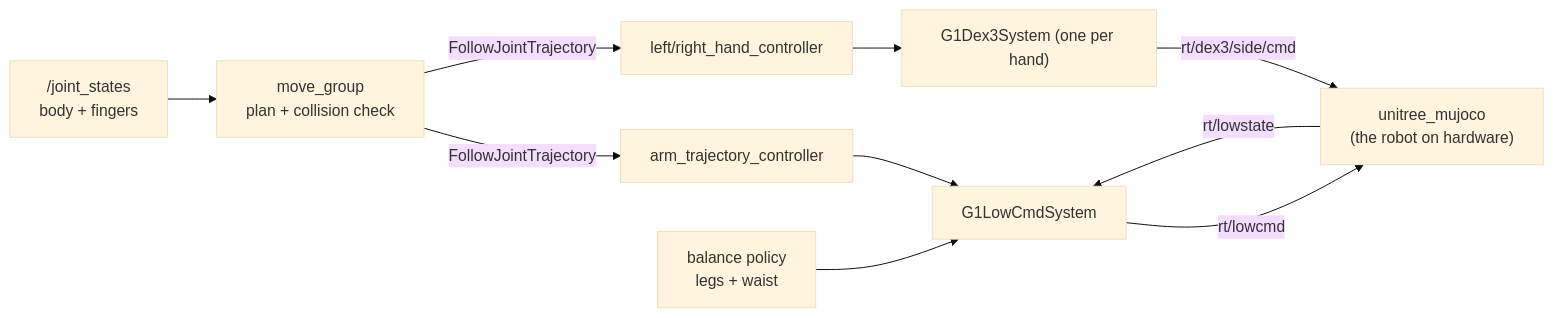
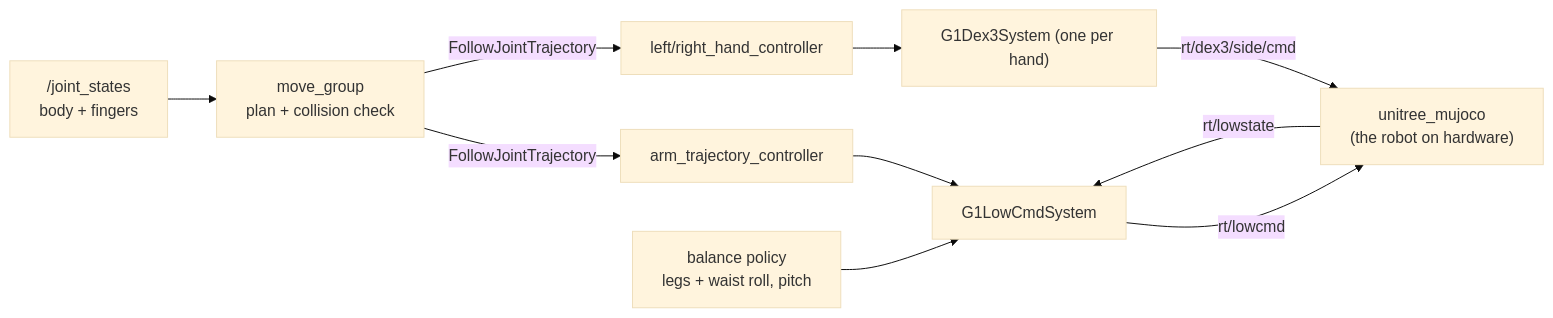
One commit to Adyansh04/grove-g1 changed the diagram in workspace/src/g1_moveit_config/README.md. Above: the diagram before and after it, drawn with Mermaid (base theme). The commit also changed other lines of this file and 107 other files, not shown here.

````diff
--- a/workspace/src/g1_moveit_config/README.md
+++ b/workspace/src/g1_moveit_config/README.md
@@ -7,12 +7,12 @@
 ```mermaid
 flowchart LR
     JS["/joint_states<br/>body + fingers"] --> MG["move_group<br/>plan + collision check"]
     MG -- "FollowJointTrajectory" --> JTC["arm_trajectory_controller"]
     MG -- "FollowJointTrajectory" --> HC["left/right_hand_controller"]
-    POL["balance policy<br/>legs + waist"] --> HW["G1LowCmdSystem"]
+    POL["balance policy<br/>legs + waist roll, pitch"] --> HW["G1LowCmdSystem"]
     JTC --> HW
     HC --> HH["G1Dex3System (one per hand)"]
     HW -- "rt/lowcmd" --> SIM["unitree_mujoco<br/>(the robot on hardware)"]
     SIM -- "rt/lowstate" --> HW
     HH -- "rt/dex3/side/cmd" --> SIM
 ```
````
